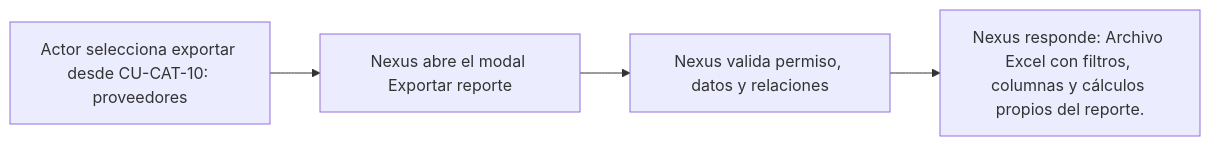
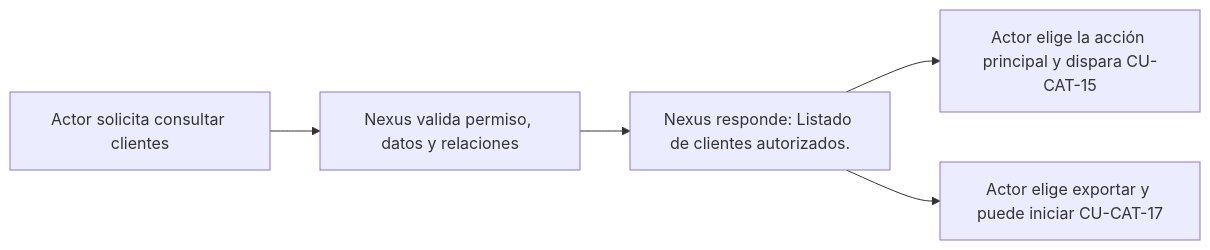
One commit to gpgsistemas01/nexus changed the diagram in docs/requirements/diagrams/catalogs/cu-cat-14.md. Above: the diagram before and after it, drawn with Mermaid. The commit also changed other lines of this file and 207 other files, not shown here.

````diff
--- a/docs/requirements/diagrams/catalogs/cu-cat-14.md
+++ b/docs/requirements/diagrams/catalogs/cu-cat-14.md
@@ -3,6 +3,7 @@
 ```mermaid
 flowchart LR
-    request["Actor selecciona exportar desde CU-CAT-10: proveedores"] --> modal["Nexus abre el modal Exportar reporte"]
-    modal --> validate["Nexus valida permiso, datos y relaciones"]
-    validate --> result["Nexus responde: Archivo Excel con filtros, columnas y cálculos propios del reporte."]
+    request["Actor solicita consultar clientes"] --> validate["Nexus valida permiso, datos y relaciones"]
+    validate --> result["Nexus responde: Listado de clientes autorizados."]
+    result --> primary["Actor elige la acción principal y dispara CU-CAT-15"]
+    result --> report["Actor elige exportar y puede iniciar CU-CAT-17"]
 ```
````
